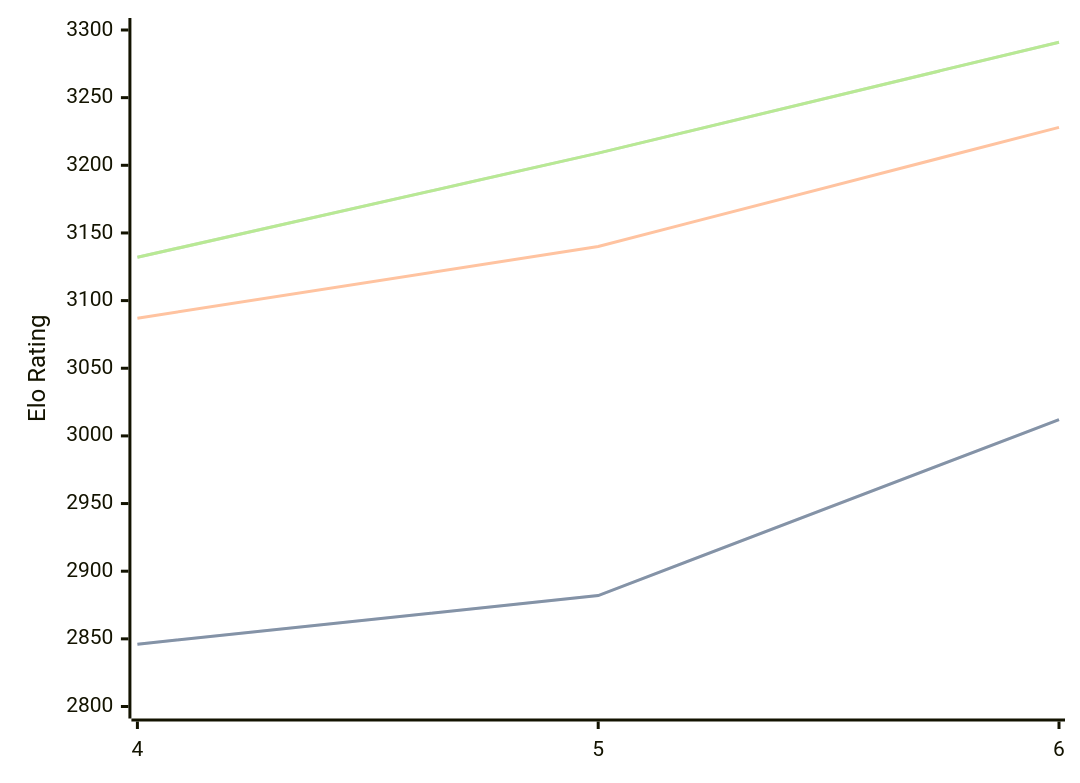
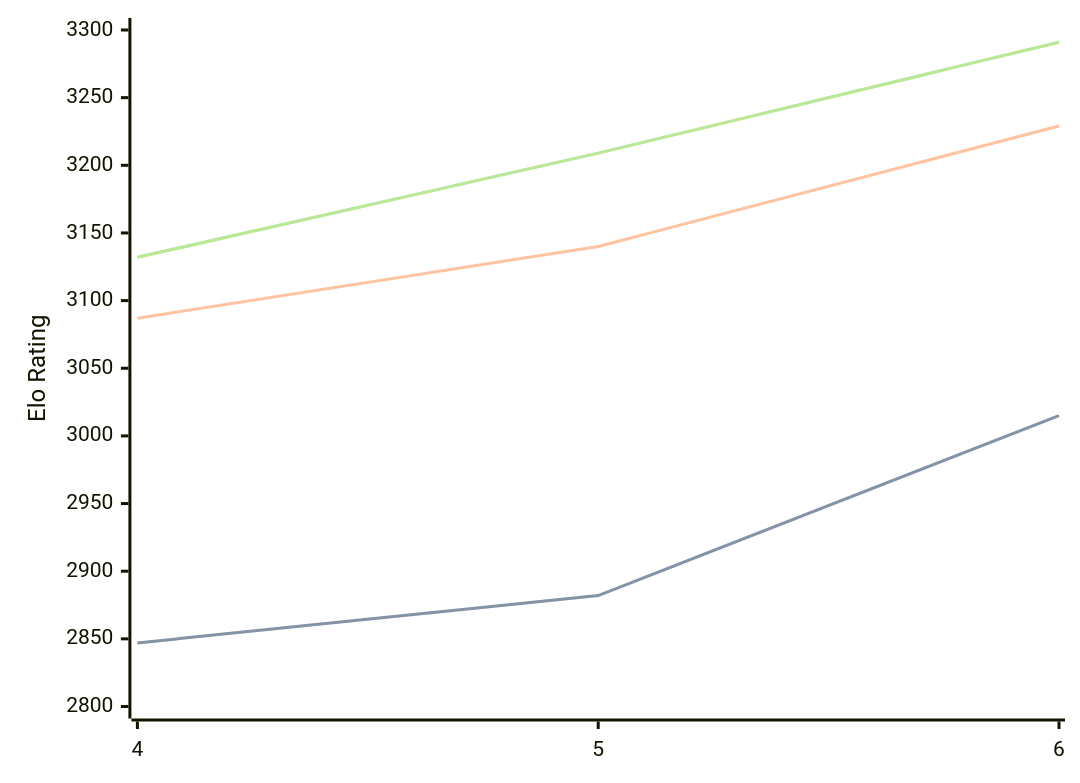
Before and after one commit to computer-chess-index/cci: the diagram in engines/Cwtch.md, drawn with Mermaid. The commit also changed other lines of this file, not shown here.

````diff
--- a/engines/Cwtch.md
+++ b/engines/Cwtch.md
@@ -34,11 +34,11 @@
 ```mermaid
 %%{init: {"theme":"base","themeVariables":{"seriesColors:['#a3a3a3','#222221','#faa371']}}}%%
 xychart-beta
   x-axis ["4", "5", "6"]
   y-axis "Elo Rating" 2800 --> 3300
-  line "" [2846, 2882, 3012]
-  line "STC (8.0+0.08s)" [2846, 2882, 3012]
-  line "LTC (60.0+0.60s)" [3087, 3140, 3228]
+  line "" [2847, 2882, 3015]
+  line "STC (8.0+0.08s)" [2847, 2882, 3015]
+  line "LTC (60.0+0.60s)" [3087, 3140, 3229]
   line "" [3132, 3209, 3291]
   line "VLTC (2m24s+1.12s)" [3132, 3209, 3291]
 ```
````
